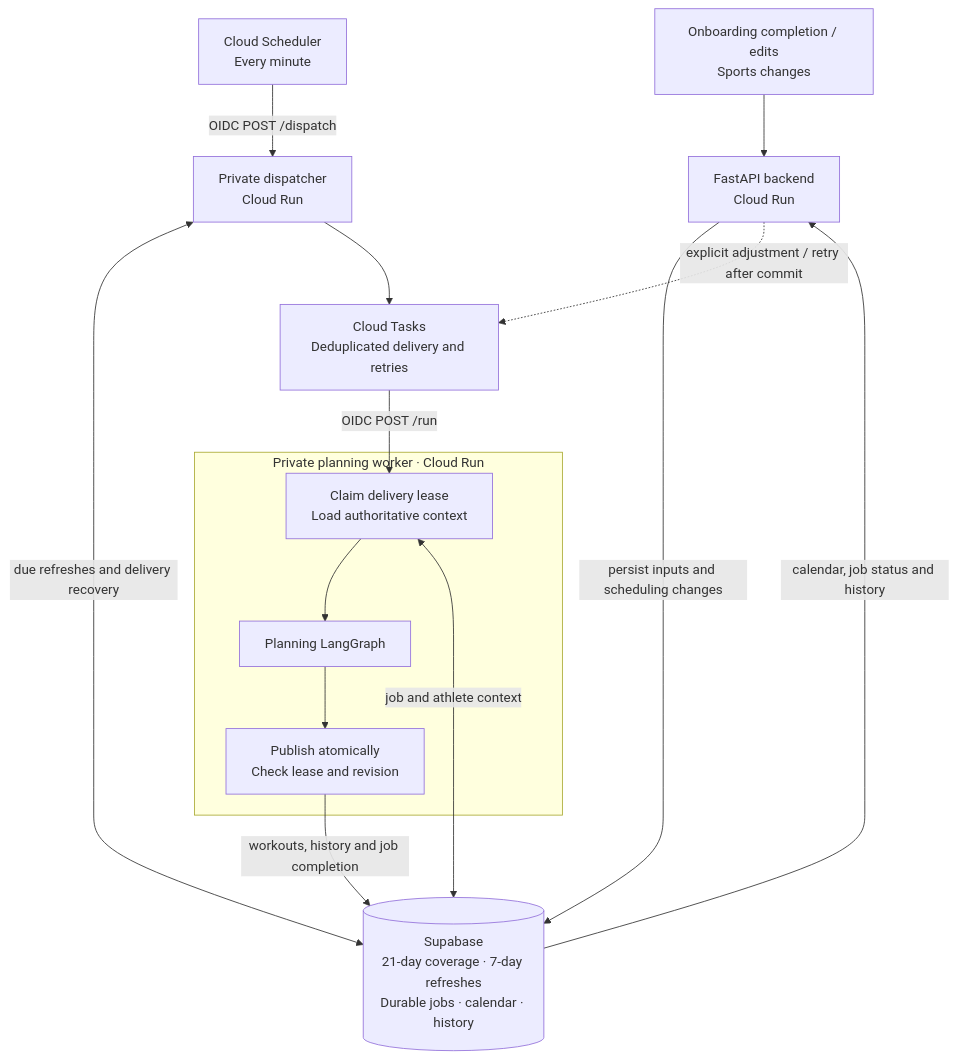
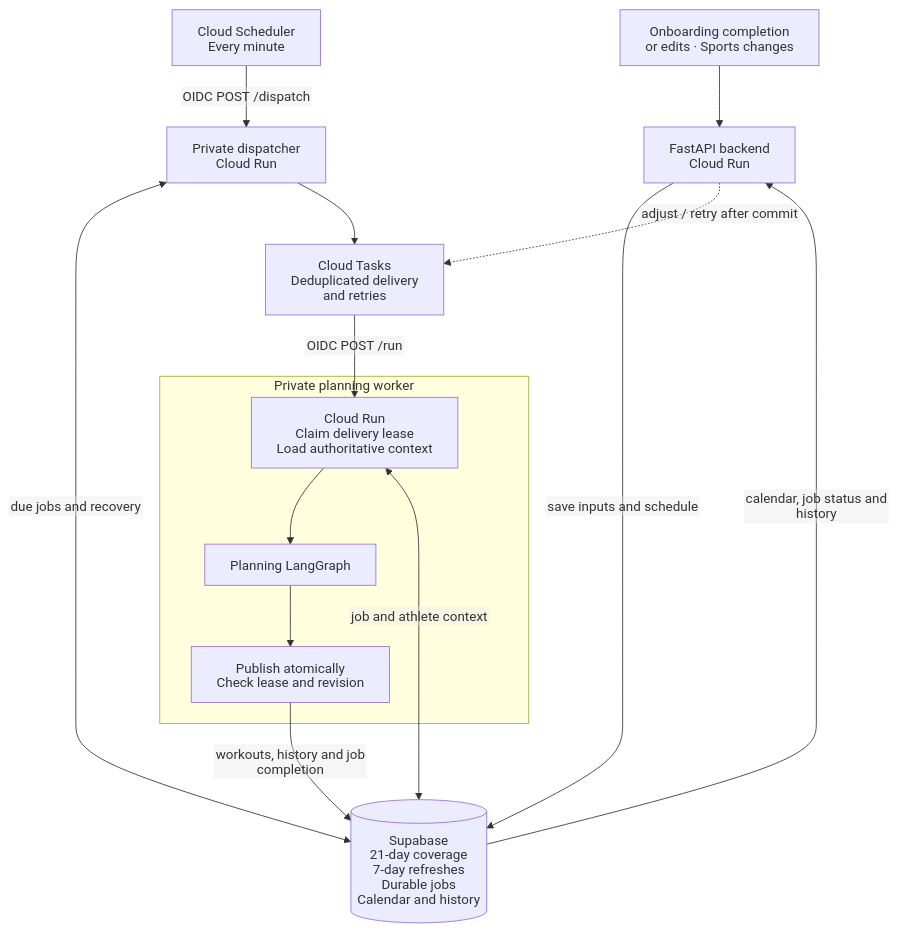
Before and after one commit to xurichard19/strength-and-conditioning-rag: the second of 5 diagrams in README.md, drawn with Mermaid. The commit also changed other lines of this file, not shown here.

First line of the commit message:
Clarify infrastructure diagrams in README

````diff
--- a/README.md
+++ b/README.md
@@ -46,19 +53,25 @@
 ```mermaid
+---
+config:
+  htmlLabels: false
+  flowchart:
+    htmlLabels: false
+---
 flowchart TB
-    Inputs["Onboarding completion / edits<br/>Sports changes"] --> API["FastAPI backend<br/>Cloud Run"]
-    API -->|persist inputs and scheduling changes| DB[("Supabase<br/>21-day coverage · 7-day refreshes<br/>Durable jobs · calendar · history")]
+    Inputs["Onboarding completion<br/>or edits · Sports changes"] --> API["FastAPI backend<br/>Cloud Run"]
+    API -->|save inputs and schedule| DB[("Supabase<br/>21-day coverage<br/>7-day refreshes<br/>Durable jobs<br/>Calendar and history")]
     Clock["Cloud Scheduler<br/>Every minute"] -->|OIDC POST /dispatch| Dispatcher["Private dispatcher<br/>Cloud Run"]
-    Dispatcher <-->|due refreshes and delivery recovery| DB
-    Dispatcher --> Queue["Cloud Tasks<br/>Deduplicated delivery and retries"]
-    API -.->|explicit adjustment / retry after commit| Queue
+    Dispatcher <-->|due jobs and recovery| DB
+    Dispatcher --> Queue["Cloud Tasks<br/>Deduplicated delivery<br/>and retries"]
+    API -.->|adjust / retry after commit| Queue
     Queue -->|OIDC POST /run| Claim
 
-    subgraph Worker["Private planning worker · Cloud Run"]
-        Claim["Claim delivery lease<br/>Load authoritative context"] --> Graph["Planning LangGraph"]
+    subgraph Worker["Private planning worker"]
+        Claim["Cloud Run<br/>Claim delivery lease<br/>Load authoritative context"] --> Graph["Planning LangGraph"]
         Graph --> Publish["Publish atomically<br/>Check lease and revision"]
     end
 
     Claim <-->|job and athlete context| DB
     Publish -->|workouts, history and job completion| DB
     DB -->|calendar, job status and history| API
 ```
````
